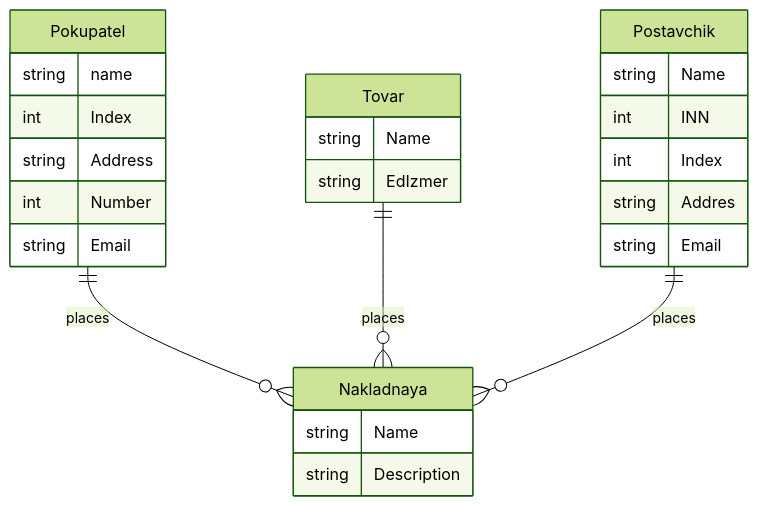
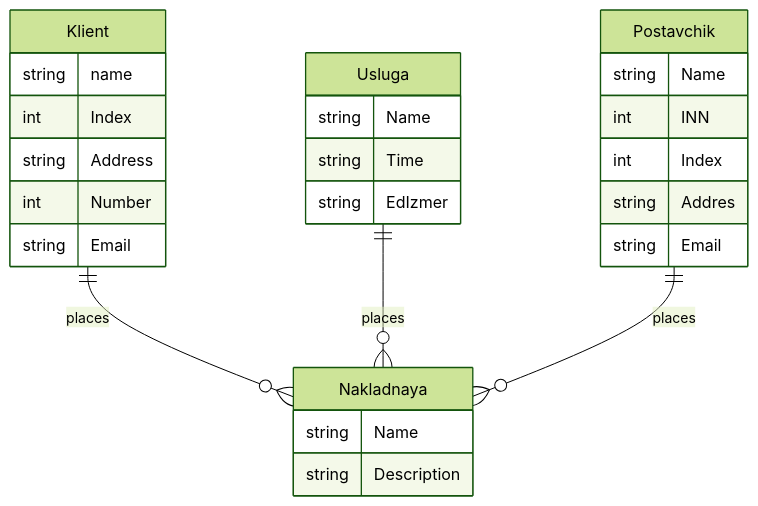
One commit to Unsympathetic/Diksi changed the diagram in README.md. Above: the diagram before and after it, drawn with Mermaid (forest theme). The commit also changed other lines of this file, not shown here.

````diff
--- a/README.md
+++ b/README.md
@@ -9,33 +10,34 @@
 ```mermaid
 erDiagram
   
  
-    Pokupatel ||--o{ Nakladnaya : places
-    Pokupatel {
+    Klient ||--o{ Nakladnaya : places
+    Klient {
         string name
         int Index
         string Address
         int Number
         string Email
     }
   
     Nakladnaya {
         string Name
         string Description
     }
-Tovar ||--o{ Nakladnaya : places
-    Tovar {
+Usluga ||--o{ Nakladnaya : places
+    Usluga {
         string Name
+        string Time
         string EdIzmer
  
     }
 Postavchik ||--o{ Nakladnaya : places
   Postavchik {
     string Name
     int INN
     int Index
     string Addres
     string Email
    }
 
 ```
````
